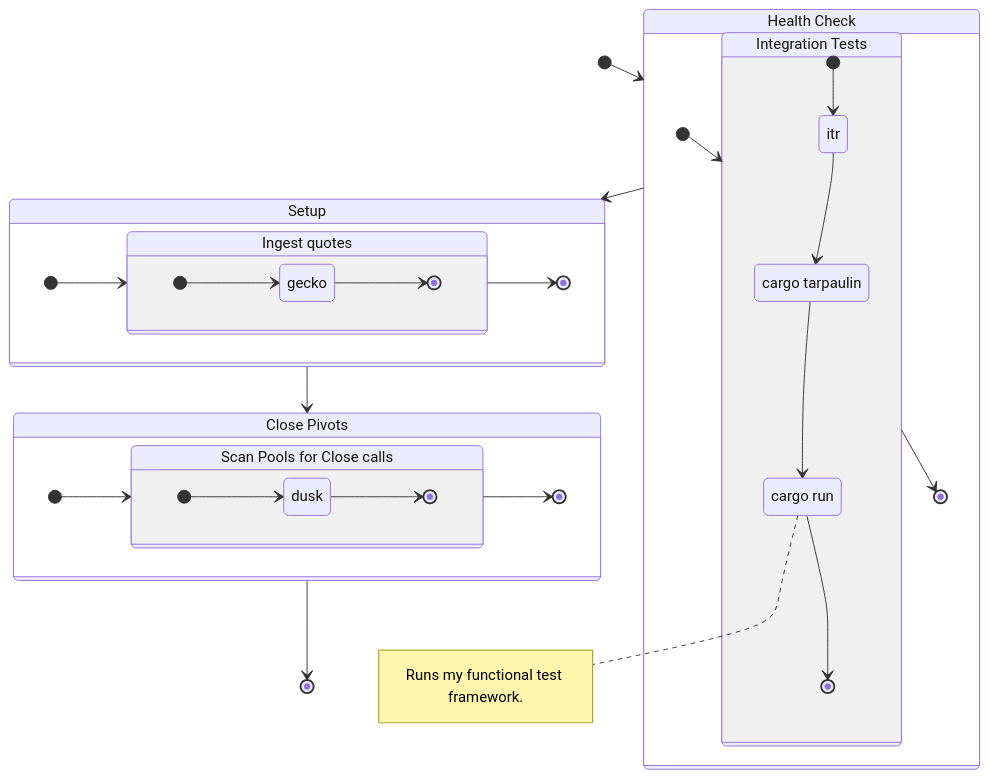
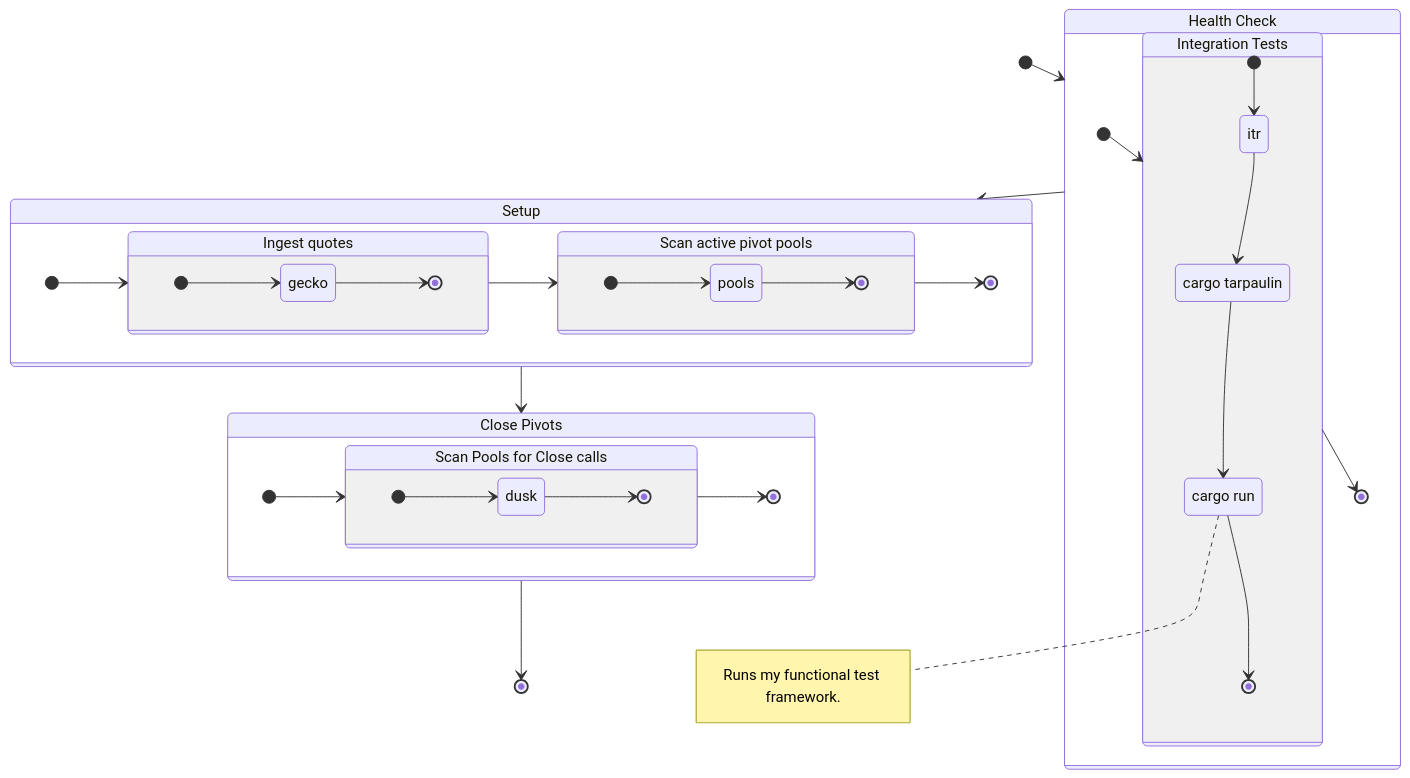
One commit to pivoteur/protocol changed the diagram in dapps/README.md. Above: the diagram before and after it, drawn with Mermaid.

Commit message:
Added pools to setup

````diff
--- a/dapps/README.md
+++ b/dapps/README.md
@@ -5,56 +5,64 @@
 ```mermaid
 stateDiagram-v2
    [*] --> Tests
    Tests --> Setup
    Setup --> Closes
    Closes --> [*]
 
    Tests: Health Check
    state Tests {
       direction LR
       [*] --> Integration
       Integration --> [*]
 
       Integration: Integration Tests
       state Integration {
          direction LR
          Tarp: cargo tarpaulin
          Func: cargo run
          note right of Func
             Runs my functional test framework.
          end note
          [*] --> itr
          itr --> Tarp
          Tarp --> Func
          Func --> [*]
       }
    }
 
    Setup: Setup
    state Setup {
       direction LR
       [*] --> Quotes
-      Quotes --> [*]
+      Quotes --> Pools
+      Pools --> [*]
 
       Quotes: Ingest quotes
       state Quotes {
          direction LR
          [*] --> gecko
          gecko --> [*]
+      }
+
+      Pools: Scan active pivot pools
+      state Pools {
+         direction LR
+         [*] --> pools
+         pools --> [*]
       }
    }
 
    Closes: Close Pivots
    state Closes {
       direction LR
       [*] --> Scan
       Scan --> [*]
 
       Scan: Scan Pools for Close calls
       state Scan {
          direction LR
          [*] --> dusk
          dusk --> [*]
       }
    }
 ```
````
